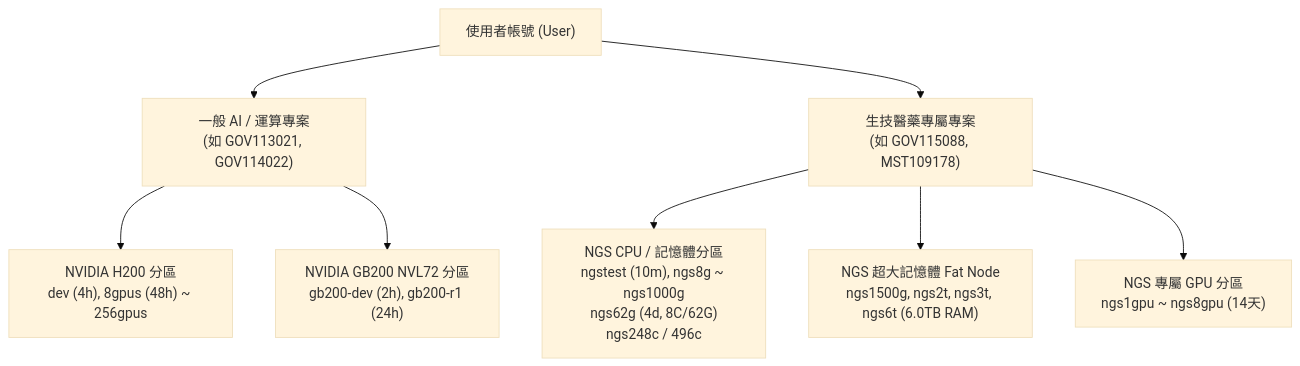
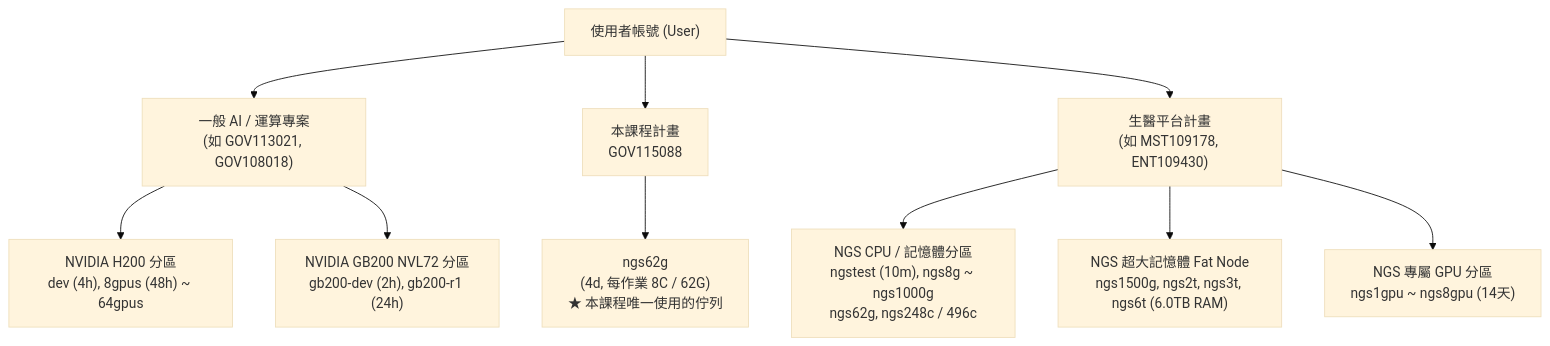
The first of 2 diagrams in 03-slurm-syntax-and-job-management/README.md (gemini960114/Nano4-Docs), drawn with Mermaid (base theme) before and after one commit. The commit also changed other lines of this file and 97 other files, not shown here.

First line of the commit message:
docs: align course with GP1 ngs62g rules and verify every Slurm lab

````diff
--- a/03-slurm-syntax-and-job-management/README.md
+++ b/03-slurm-syntax-and-job-management/README.md
@@ -76,12 +98,15 @@
 ```mermaid
 flowchart TD
-    User["使用者帳號 (User)"] --> P_General["一般 AI / 運算專案<br/>(如 GOV113021, GOV114022)"]
-    User --> P_Bio["生技醫藥專屬專案<br/>(如 GOV115088, MST109178)"]
+    User["使用者帳號 (User)"] --> P_General["一般 AI / 運算專案<br/>(如 GOV113021, GOV108018)"]
+    User --> P_Course["本課程計畫<br/>GOV115088"]
+    User --> P_Bio["生醫平台計畫<br/>(如 MST109178, ENT109430)"]
 
-    P_General --> H200["NVIDIA H200 分區<br/>dev (4h), 8gpus (48h) ~ 256gpus"]
+    P_General --> H200["NVIDIA H200 分區<br/>dev (4h), 8gpus (48h) ~ 64gpus"]
     P_General --> GB200["NVIDIA GB200 NVL72 分區<br/>gb200-dev (2h), gb200-r1 (24h)"]
 
-    P_Bio --> NGS_CPU["NGS CPU / 記憶體分區<br/>ngstest (10m), ngs8g ~ ngs1000g<br/>ngs62g (4d, 8C/62G)<br/>ngs248c / 496c"]
+    P_Course --> NGS62["ngs62g<br/>(4d, 每作業 8C / 62G)<br/>★ 本課程唯一使用的佇列"]
+
+    P_Bio --> NGS_CPU["NGS CPU / 記憶體分區<br/>ngstest (10m), ngs8g ~ ngs1000g<br/>ngs62g, ngs248c / 496c"]
     P_Bio --> NGS_Fat["NGS 超大記憶體 Fat Node<br/>ngs1500g, ngs2t, ngs3t, ngs6t (6.0TB RAM)"]
     P_Bio --> NGS_GPU["NGS 專屬 GPU 分區<br/>ngs1gpu ~ ngs8gpu (14天)"]
 ```
````
